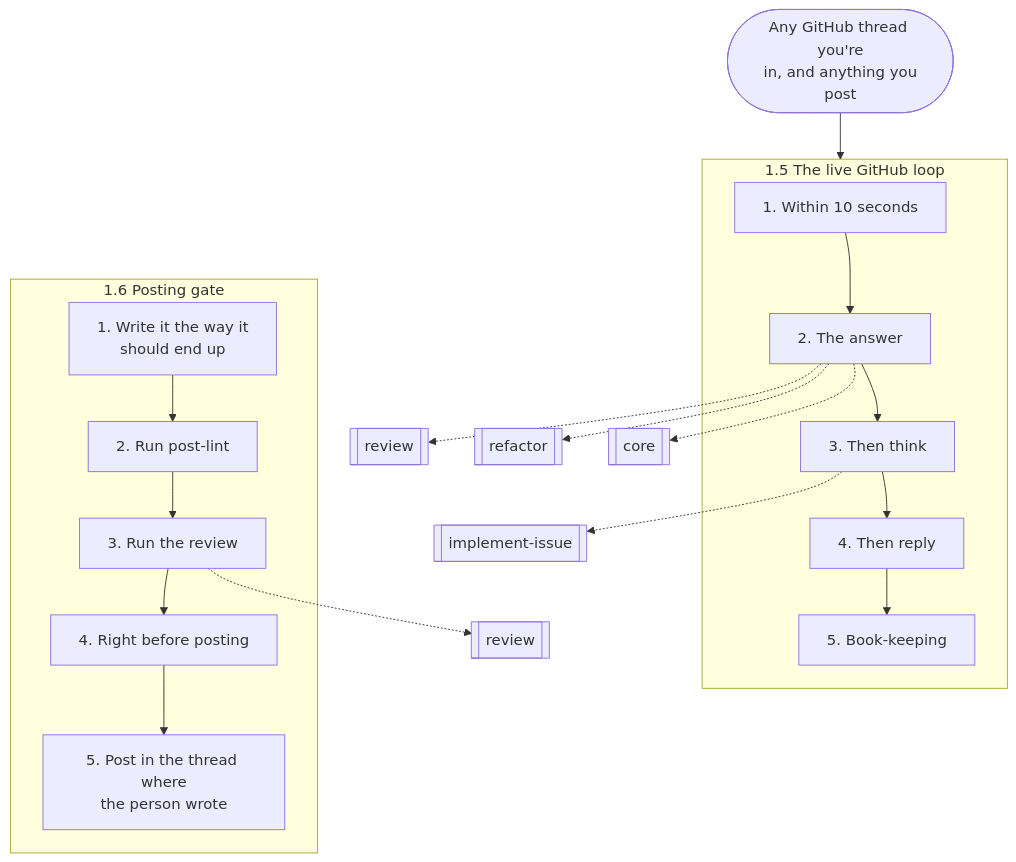
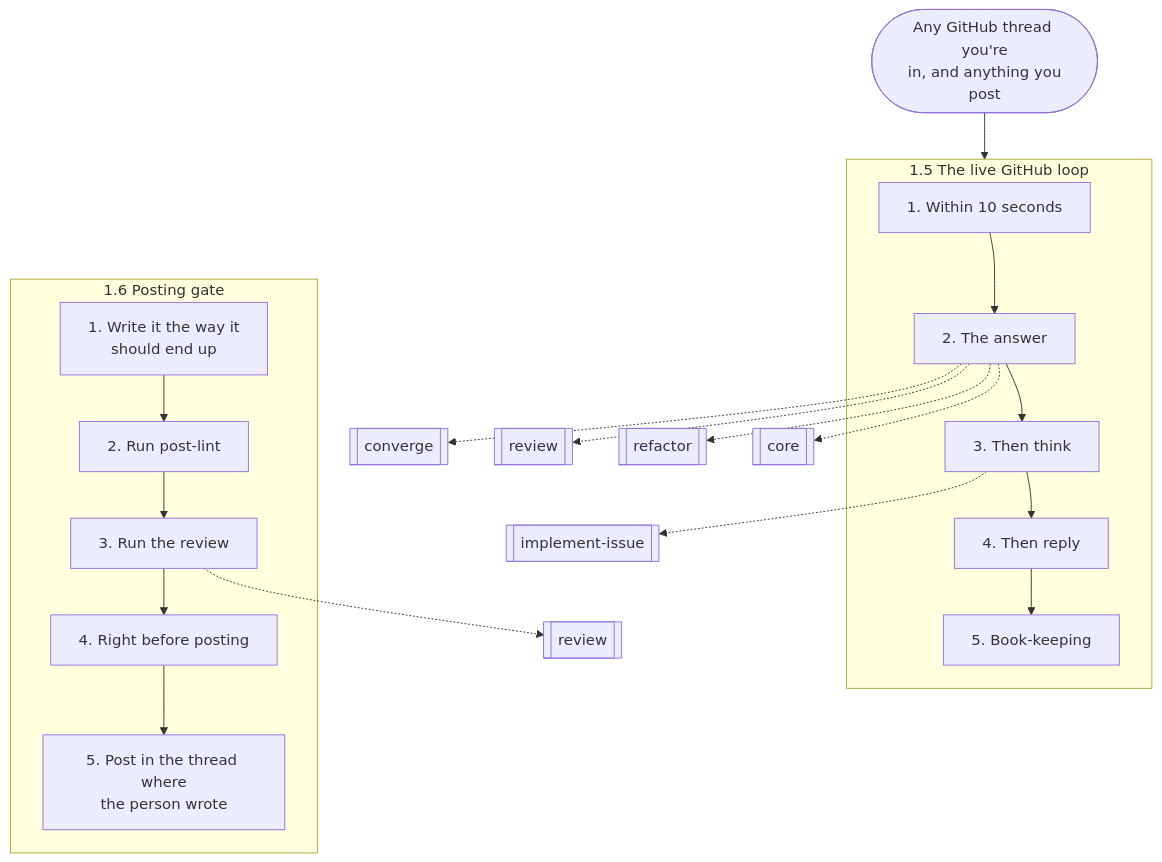
The third of 14 diagrams in docs/graphs.md (nitedani/mergeworthy), drawn with Mermaid before and after one commit. The commit also changed other lines of this file and 15 other files, not shown here.

````diff
--- a/docs/graphs.md
+++ b/docs/graphs.md
@@ -98,33 +98,34 @@
 ```mermaid
 flowchart TB
   start(["Any GitHub thread you're<br/>in, and anything you<br/>post"])
   subgraph g0["1.5 The live GitHub loop"]
     s0["1. Within 10 seconds"]
     s1["2. The answer"]
     s0 --> s1
     s2["3. Then think"]
     s1 --> s2
     s3["4. Then reply"]
     s2 --> s3
     s4["5. Book-keeping"]
     s3 --> s4
   end
-  s1 -.-> r1[["review"]]
-  s1 -.-> r2[["refactor"]]
-  s1 -.-> r3[["core"]]
-  s2 -.-> r4[["implement-issue"]]
+  s1 -.-> r1[["converge"]]
+  s1 -.-> r2[["review"]]
+  s1 -.-> r3[["refactor"]]
+  s1 -.-> r4[["core"]]
+  s2 -.-> r5[["implement-issue"]]
   subgraph g1["1.6 Posting gate"]
     s5["1. Write it the way it<br/>should end up"]
     s6["2. Run post-lint"]
     s5 --> s6
     s7["3. Run the review"]
     s6 --> s7
     s8["4. Right before posting"]
     s7 --> s8
     s9["5. Post in the thread where<br/>the person wrote"]
     s8 --> s9
   end
-  s7 -.-> r5[["review"]]
+  s7 -.-> r6[["review"]]
   start --> g0
   g0 ~~~ g1
 ```
````
